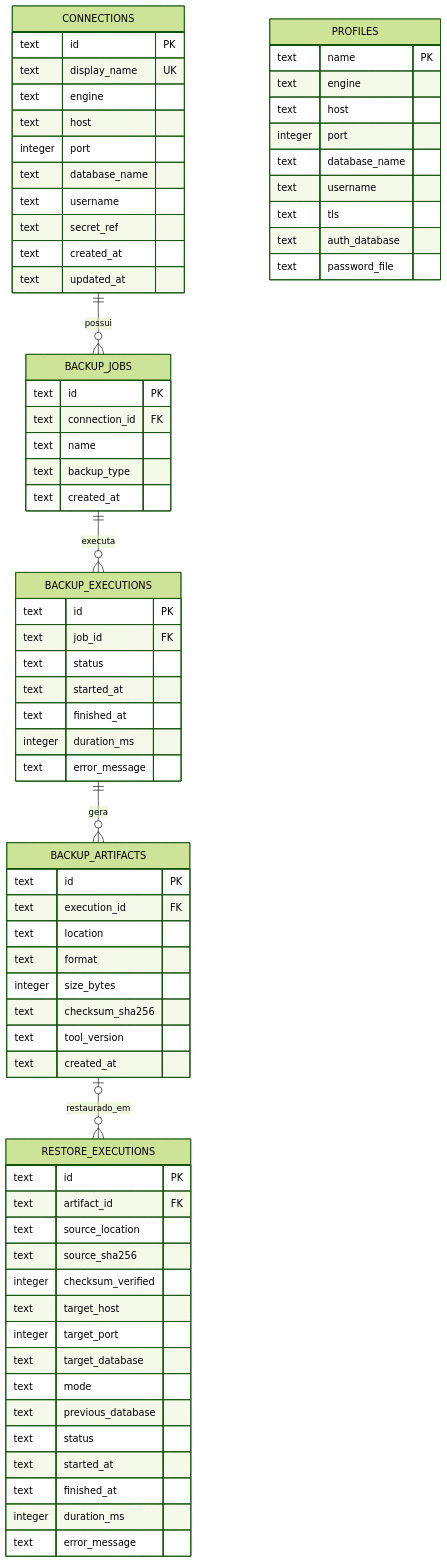
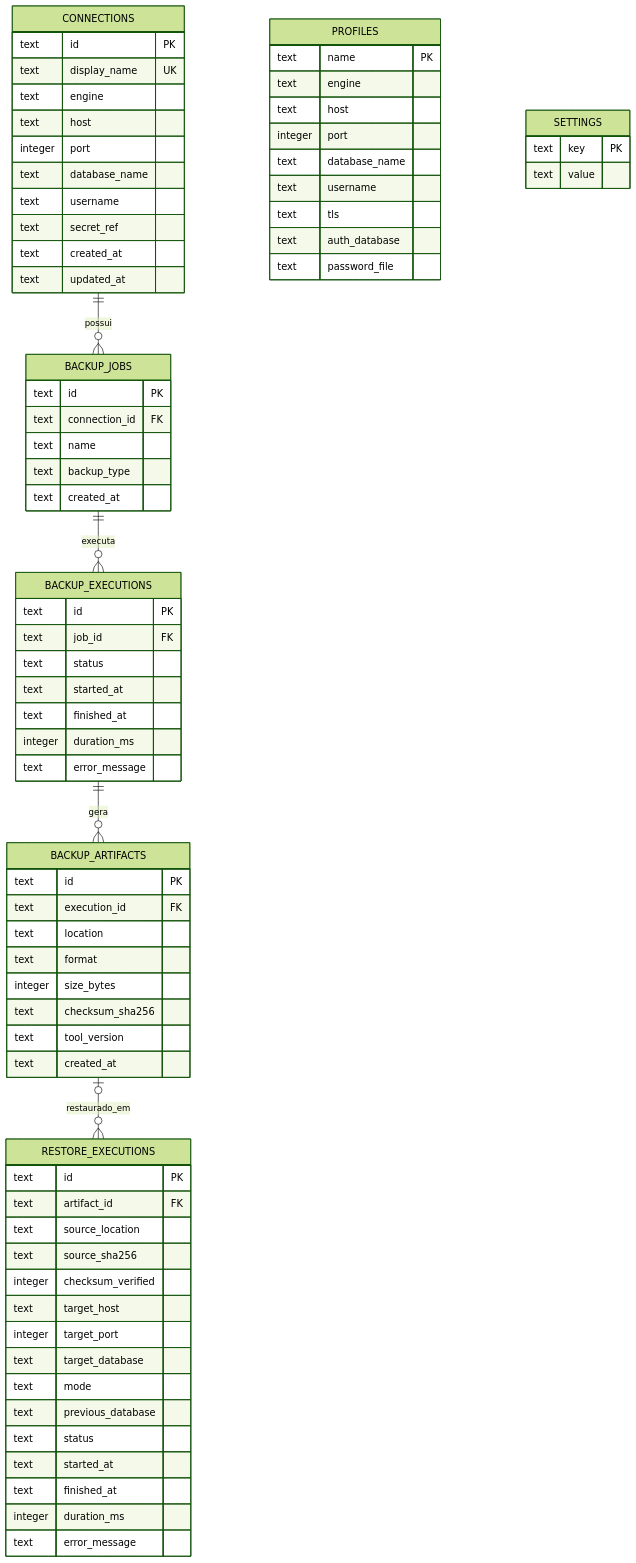
The diagram in docs/diagramas/modelo-de-dados.md (aqu1no1/database-backup-utility), drawn with Mermaid (forest theme) before and after one commit. The commit also changed other lines of this file and 2 other files, not shown here.

Commit message:
docs: document the desktop bridge and the settings table (DB-24)

````diff
--- a/docs/diagramas/modelo-de-dados.md
+++ b/docs/diagramas/modelo-de-dados.md
@@ -6,73 +6,77 @@
 ```mermaid
 erDiagram
     CONNECTIONS ||--o{ BACKUP_JOBS : possui
     BACKUP_JOBS ||--o{ BACKUP_EXECUTIONS : executa
     BACKUP_EXECUTIONS ||--o{ BACKUP_ARTIFACTS : gera
     BACKUP_ARTIFACTS |o--o{ RESTORE_EXECUTIONS : restaurado_em
     CONNECTIONS {
         text id PK
         text display_name UK
         text engine
         text host
         integer port
         text database_name
         text username
         text secret_ref
         text created_at
         text updated_at
     }
     BACKUP_JOBS {
         text id PK
         text connection_id FK
         text name
         text backup_type
         text created_at
     }
     BACKUP_EXECUTIONS {
         text id PK
         text job_id FK
         text status
         text started_at
         text finished_at
         integer duration_ms
         text error_message
     }
     BACKUP_ARTIFACTS {
         text id PK
         text execution_id FK
         text location
         text format
         integer size_bytes
         text checksum_sha256
         text tool_version
         text created_at
     }
     RESTORE_EXECUTIONS {
         text id PK
         text artifact_id FK
         text source_location
         text source_sha256
         integer checksum_verified
         text target_host
         integer target_port
         text target_database
         text mode
         text previous_database
         text status
         text started_at
         text finished_at
         integer duration_ms
         text error_message
     }
     PROFILES {
         text name PK
         text engine
         text host
         integer port
         text database_name
         text username
         text tls
         text auth_database
         text password_file
     }
+    SETTINGS {
+        text key PK
+        text value
+    }
 ```
````
